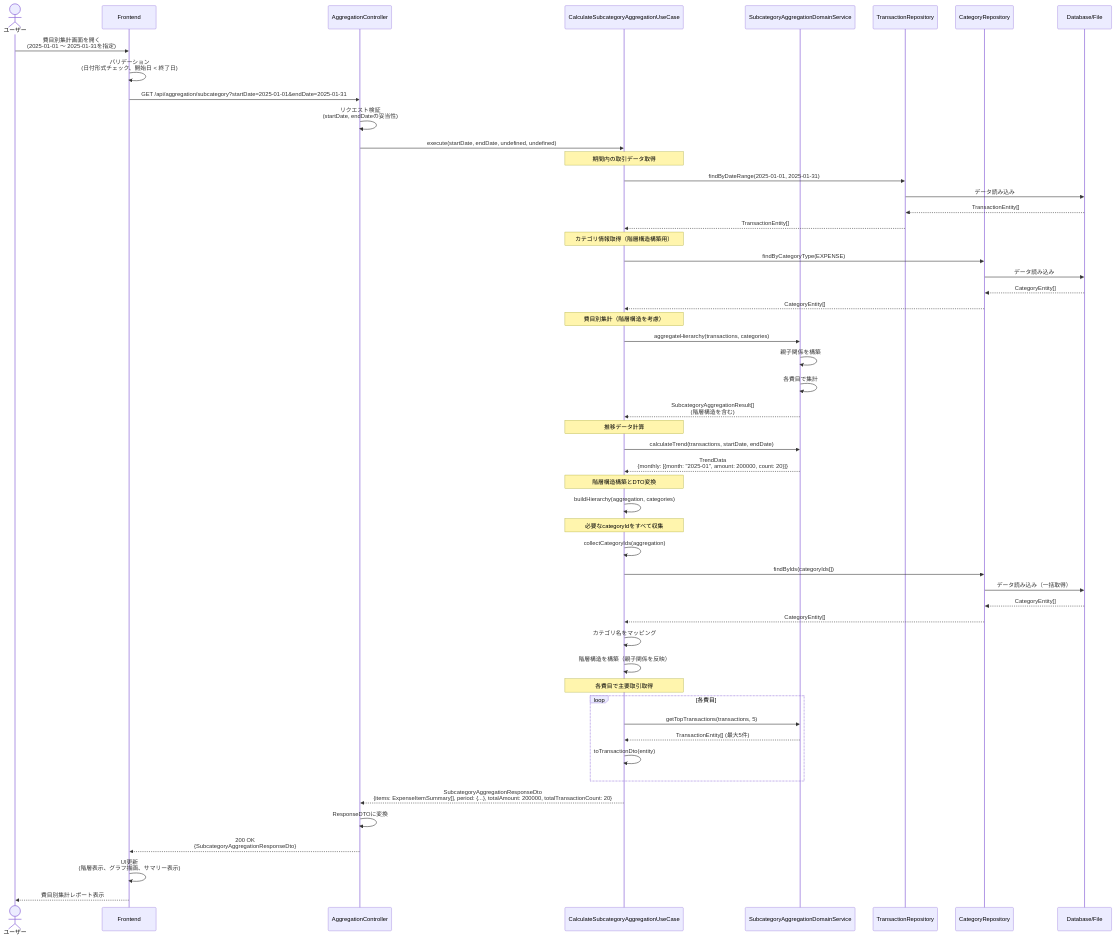
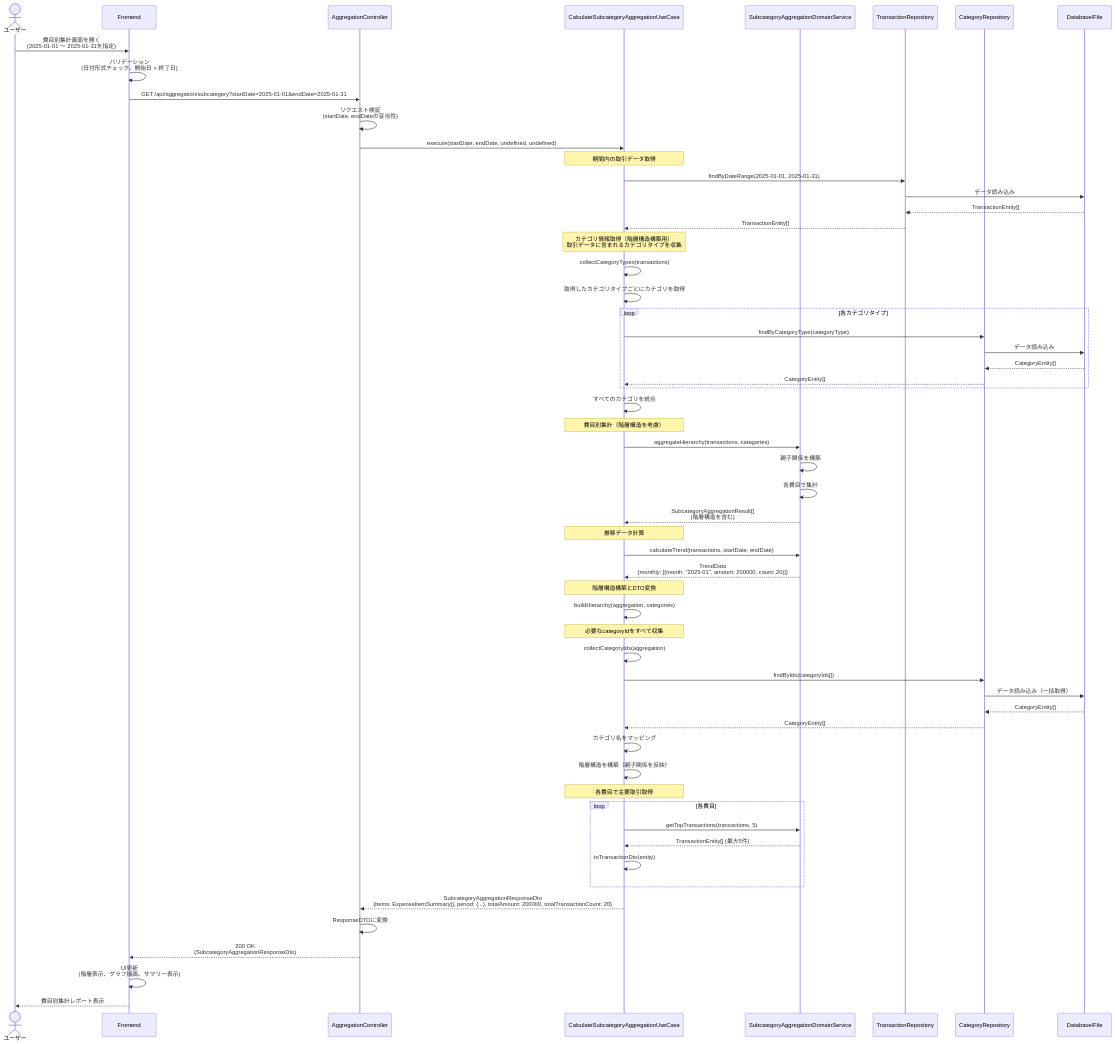
One commit to kencom2400/account-book changed the first of 6 diagrams in docs/detailed-design/FR-019_subcategory-aggregation/sequence-diagrams.md. Above: the diagram before and after it, drawn with Mermaid.

Commit message:
docs: Gemini指摘対応 - シーケンス図の全費目集計フローを修正
- 全費目集計のシナリオで、特定カテゴリタイプ（EXPENSE）に限定せず、
  取引データに含まれるカテゴリタイプに基づいてカテゴリを取得するように修正
- findByCategoryType(EXPENSE)を削除し、
  取引データからカテゴリタイプを収集してループ処理する方式に変更

Gemini PR#347レビュー対応

````diff
--- a/docs/detailed-design/FR-019_subcategory-aggregation/sequence-diagrams.md
+++ b/docs/detailed-design/FR-019_subcategory-aggregation/sequence-diagrams.md
@@ -34,65 +34,70 @@
 ```mermaid
 sequenceDiagram
     actor User as ユーザー
     participant FE as Frontend
     participant API as AggregationController
     participant UC as CalculateSubcategoryAggregationUseCase
     participant DS as SubcategoryAggregationDomainService
     participant TRepo as TransactionRepository
     participant CRepo as CategoryRepository
     participant DB as Database/File
 
     User->>FE: 費目別集計画面を開く<br/>(2025-01-01 〜 2025-01-31を指定)
     FE->>FE: バリデーション<br/>(日付形式チェック、開始日 < 終了日)
     FE->>API: GET /api/aggregation/subcategory?startDate=2025-01-01&endDate=2025-01-31
 
     API->>API: リクエスト検証<br/>(startDate, endDateの妥当性)
     API->>UC: execute(startDate, endDate, undefined, undefined)
 
     Note over UC: 期間内の取引データ取得
     UC->>TRepo: findByDateRange(2025-01-01, 2025-01-31)
     TRepo->>DB: データ読み込み
     DB-->>TRepo: TransactionEntity[]
     TRepo-->>UC: TransactionEntity[]
 
-    Note over UC: カテゴリ情報取得（階層構造構築用）
-    UC->>CRepo: findByCategoryType(EXPENSE)
-    CRepo->>DB: データ読み込み
-    DB-->>CRepo: CategoryEntity[]
-    CRepo-->>UC: CategoryEntity[]
+    Note over UC: カテゴリ情報取得（階層構造構築用）<br/>取引データに含まれるカテゴリタイプを収集
+    UC->>UC: collectCategoryTypes(transactions)
+    UC->>UC: 取得したカテゴリタイプごとにカテゴリを取得
+    loop 各カテゴリタイプ
+        UC->>CRepo: findByCategoryType(categoryType)
+        CRepo->>DB: データ読み込み
+        DB-->>CRepo: CategoryEntity[]
+        CRepo-->>UC: CategoryEntity[]
+    end
+    UC->>UC: すべてのカテゴリを統合
 
     Note over UC: 費目別集計（階層構造を考慮）
     UC->>DS: aggregateHierarchy(transactions, categories)
     DS->>DS: 親子関係を構築
     DS->>DS: 各費目で集計
     DS-->>UC: SubcategoryAggregationResult[]<br/>(階層構造を含む)
 
     Note over UC: 推移データ計算
     UC->>DS: calculateTrend(transactions, startDate, endDate)
     DS-->>UC: TrendData<br/>{monthly: [{month: "2025-01", amount: 200000, count: 20}]}
 
     Note over UC: 階層構造構築とDTO変換
     UC->>UC: buildHierarchy(aggregation, categories)
     Note over UC: 必要なcategoryIdをすべて収集
     UC->>UC: collectCategoryIds(aggregation)
     UC->>CRepo: findByIds(categoryIds[])
     CRepo->>DB: データ読み込み（一括取得）
     DB-->>CRepo: CategoryEntity[]
     CRepo-->>UC: CategoryEntity[]
     UC->>UC: カテゴリ名をマッピング
     UC->>UC: 階層構造を構築（親子関係を反映）
 
     Note over UC: 各費目で主要取引取得
     loop 各費目
         UC->>DS: getTopTransactions(transactions, 5)
         DS-->>UC: TransactionEntity[] (最大5件)
         UC->>UC: toTransactionDto(entity)
     end
 
     UC-->>API: SubcategoryAggregationResponseDto<br/>{items: ExpenseItemSummary[], period: {...}, totalAmount: 200000, totalTransactionCount: 20}
 
     API->>API: ResponseDTOに変換
     API-->>FE: 200 OK<br/>{SubcategoryAggregationResponseDto}
     FE->>FE: UI更新<br/>(階層表示、グラフ描画、サマリー表示)
     FE-->>User: 費目別集計レポート表示
 ```
````
